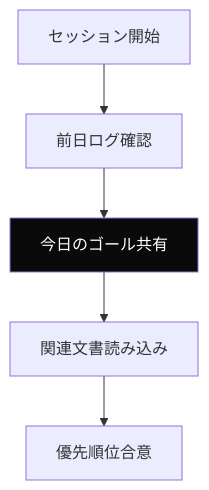
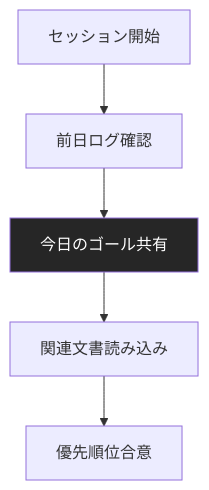
The second of 5 diagrams in docs/techniques/エージェントと協業する-1-日のワークフロー.md (dinekt/dinekt-wiki), drawn with Mermaid before and after one commit. The commit also changed other lines of this file and 71 other files, not shown here.

First line of the commit message:
fix: mermaid readability + remove GitHub repo toolbar

````diff
--- a/docs/techniques/エージェントと協業する-1-日のワークフロー.md
+++ b/docs/techniques/エージェントと協業する-1-日のワークフロー.md
@@ -44,9 +44,9 @@
 ```mermaid
 flowchart TD
     S[セッション開始] --> R[前日ログ確認]
     R --> G[今日のゴール共有]
     G --> C[関連文書読み込み]
     C --> P[優先順位合意]
 
-    style G fill:#0a0a0a,color:#fff
+    style G fill:#262626,color:#fff
 ```
````
